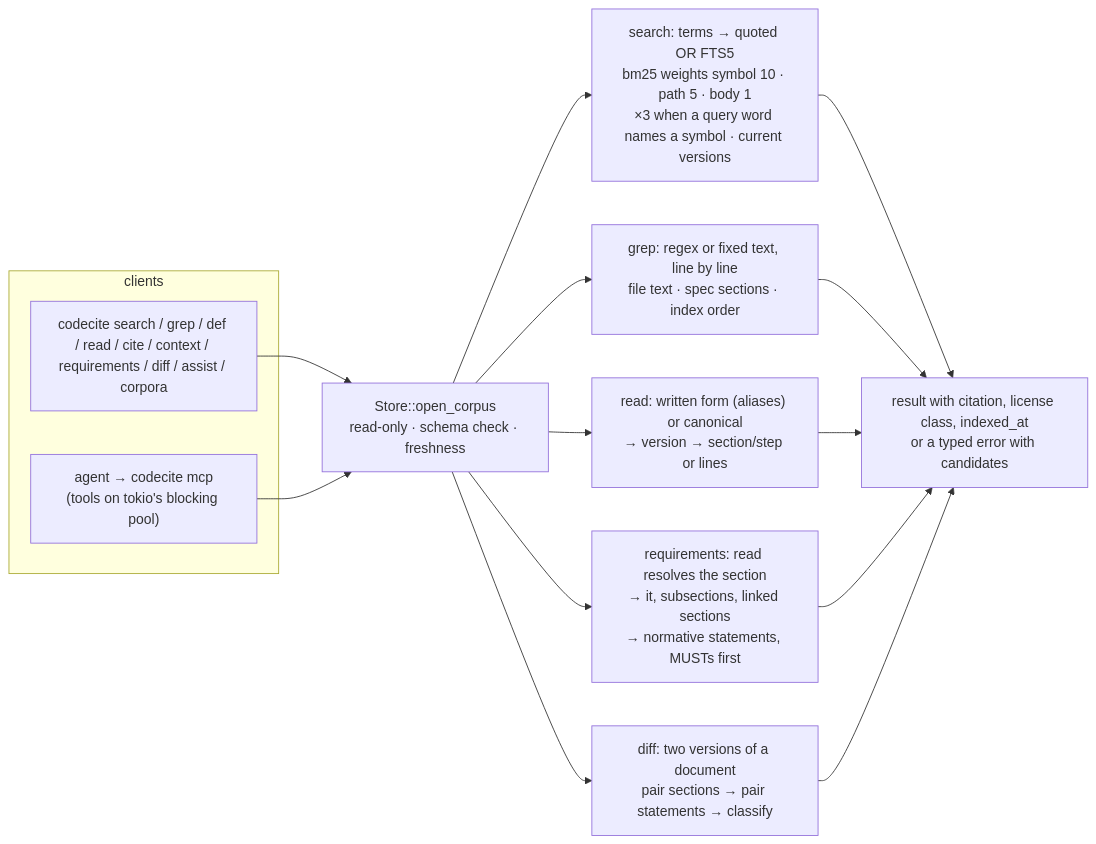
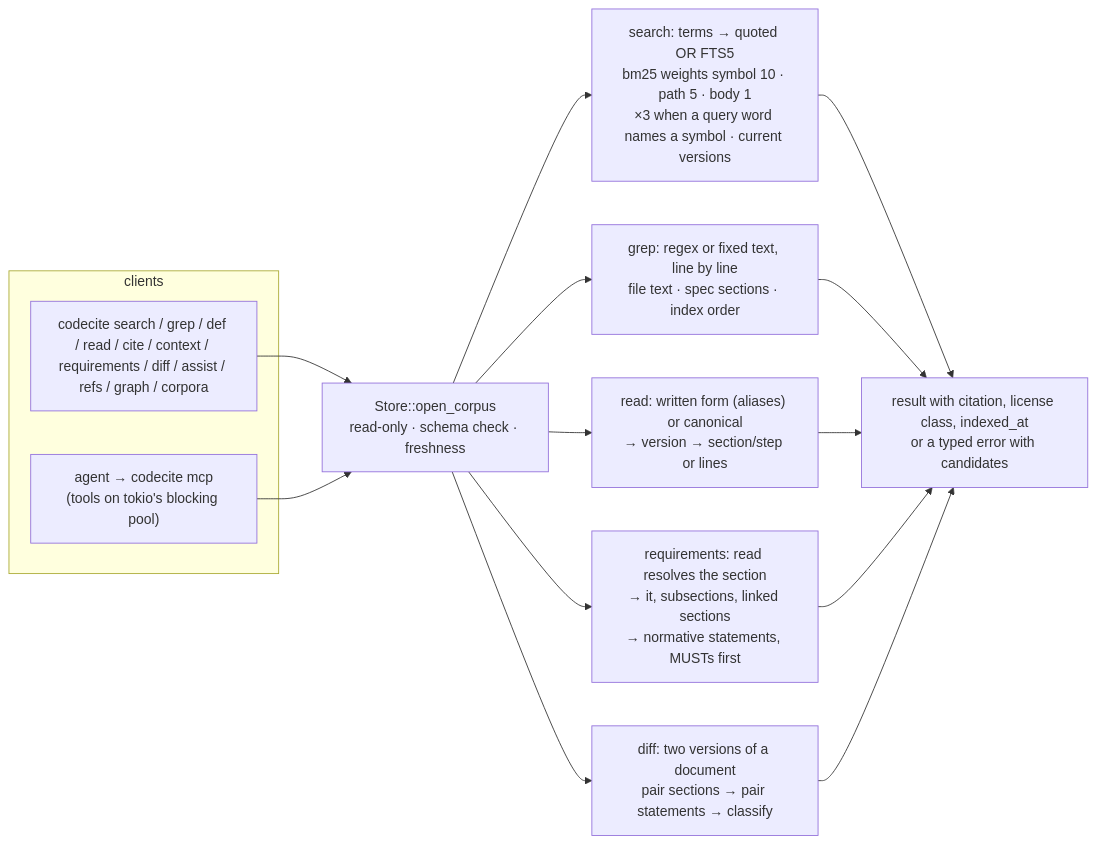
The fourth of 5 diagrams in docs/design.md (jamescrowley321/codecite), drawn with Mermaid before and after one commit. The commit also changed other lines of this file and 33 other files, not shown here.

````diff
--- a/docs/design.md
+++ b/docs/design.md
@@ -120,14 +120,14 @@
 ```mermaid
 flowchart LR
   subgraph clients
-    cli["codecite search / grep / def / read / cite / context / requirements / diff / assist / corpora"]
+    cli["codecite search / grep / def / read / cite / context / requirements / diff / assist / refs / graph / corpora"]
     agent["agent → codecite mcp<br/>(tools on tokio's blocking pool)"]
   end
   cli & agent --> open["Store::open_corpus<br/>read-only · schema check · freshness"]
   open --> search["search: terms → quoted OR FTS5<br/>bm25 weights symbol 10 · path 5 · body 1<br/>×3 when a query word names a symbol · current versions"]
   open --> grep["grep: regex or fixed text, line by line<br/>file text · spec sections · index order"]
   open --> read["read: written form (aliases) or canonical<br/>→ version → section/step or lines"]
   open --> reqs["requirements: read resolves the section<br/>→ it, subsections, linked sections<br/>→ normative statements, MUSTs first"]
   open --> diff["diff: two versions of a document<br/>pair sections → pair statements → classify"]
   search & grep & read & reqs & diff --> out["result with citation, license class, indexed_at<br/>or a typed error with candidates"]
 ```
````
